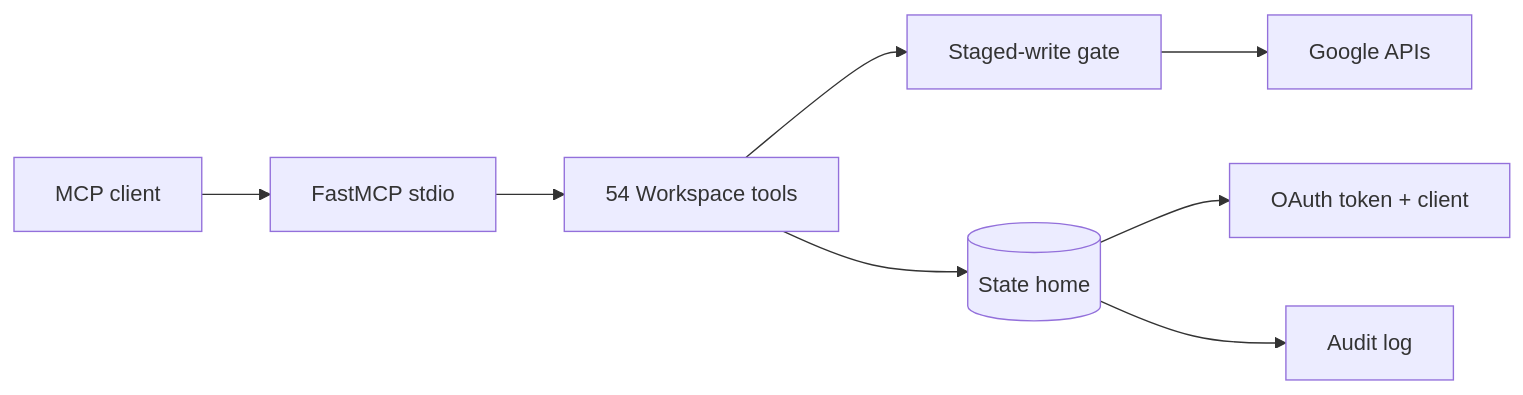
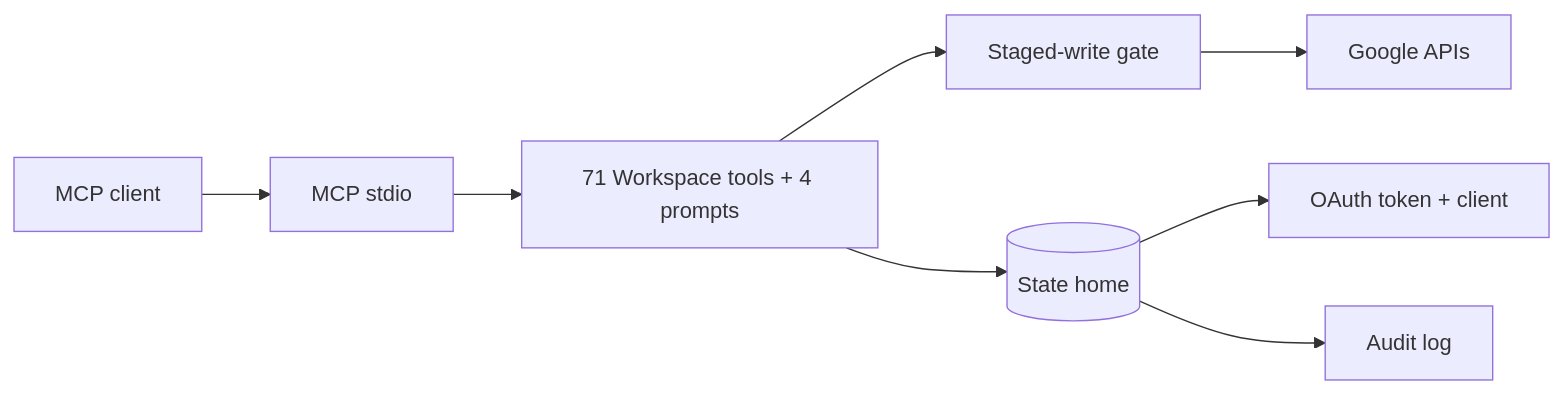
The diagram in README.md (cikeyz/google-workspace-mcp), drawn with Mermaid before and after one commit. The commit also changed other lines of this file and 6 other files, not shown here.

Commit message:
feat: v2.3 first-party parity (71 tools, 4 prompts, MCP SDK 2.x)

````diff
--- a/README.md
+++ b/README.md
@@ -75,10 +79,10 @@
 ```mermaid
 flowchart LR
-  Client[MCP client] --> Stdio[FastMCP stdio]
-  Stdio --> Tools[54 Workspace tools]
+  Client[MCP client] --> Stdio[MCP stdio]
+  Stdio --> Tools[71 Workspace tools + 4 prompts]
   Tools --> Stage[Staged-write gate]
   Stage --> Google[Google APIs]
   Tools --> State[(State home)]
   State --> Token[OAuth token + client]
   State --> Audit[Audit log]
 ```
````
